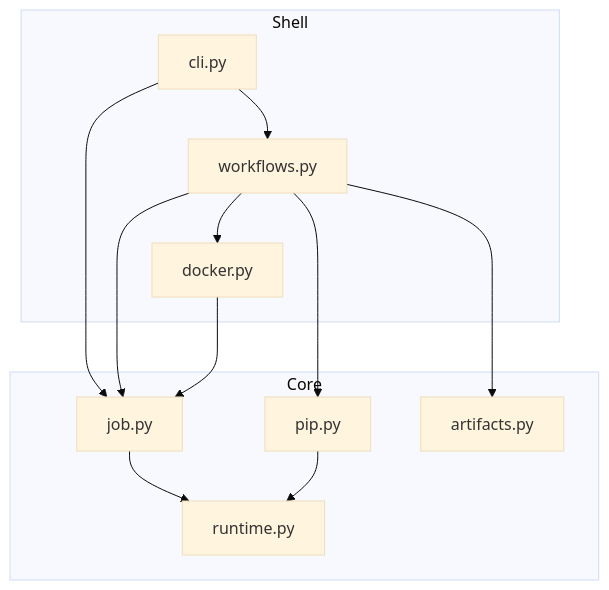
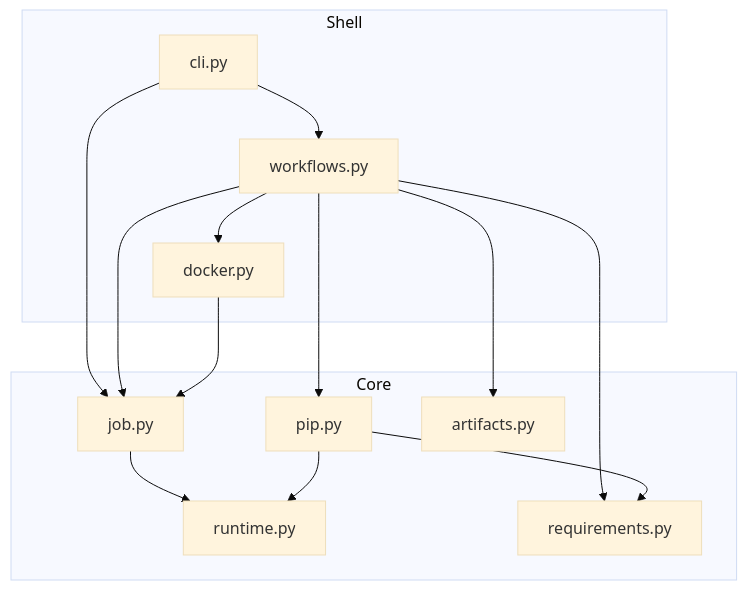
One commit to HH-MWB/aws-glue-toolkit changed the diagram in docs/architecture.md. Above: the diagram before and after it, drawn with Mermaid (base theme). The commit also changed other lines of this file and 11 other files, not shown here.

````diff
--- a/docs/architecture.md
+++ b/docs/architecture.md
@@ -45,25 +46,28 @@
 ```mermaid
 flowchart TB
   subgraph core [Core]
     runtime[runtime.py]
     job[job.py]
+    requirements[requirements.py]
     pip[pip.py]
     artifacts[artifacts.py]
   end
 
   subgraph shell [Shell]
     docker[docker.py]
     workflows[workflows.py]
     cli[cli.py]
   end
 
   cli --> workflows
   cli --> job
   workflows --> job
   workflows --> pip
+  workflows --> requirements
   workflows --> artifacts
   workflows --> docker
   job --> runtime
   pip --> runtime
+  pip --> requirements
   docker --> job
 ```
````
